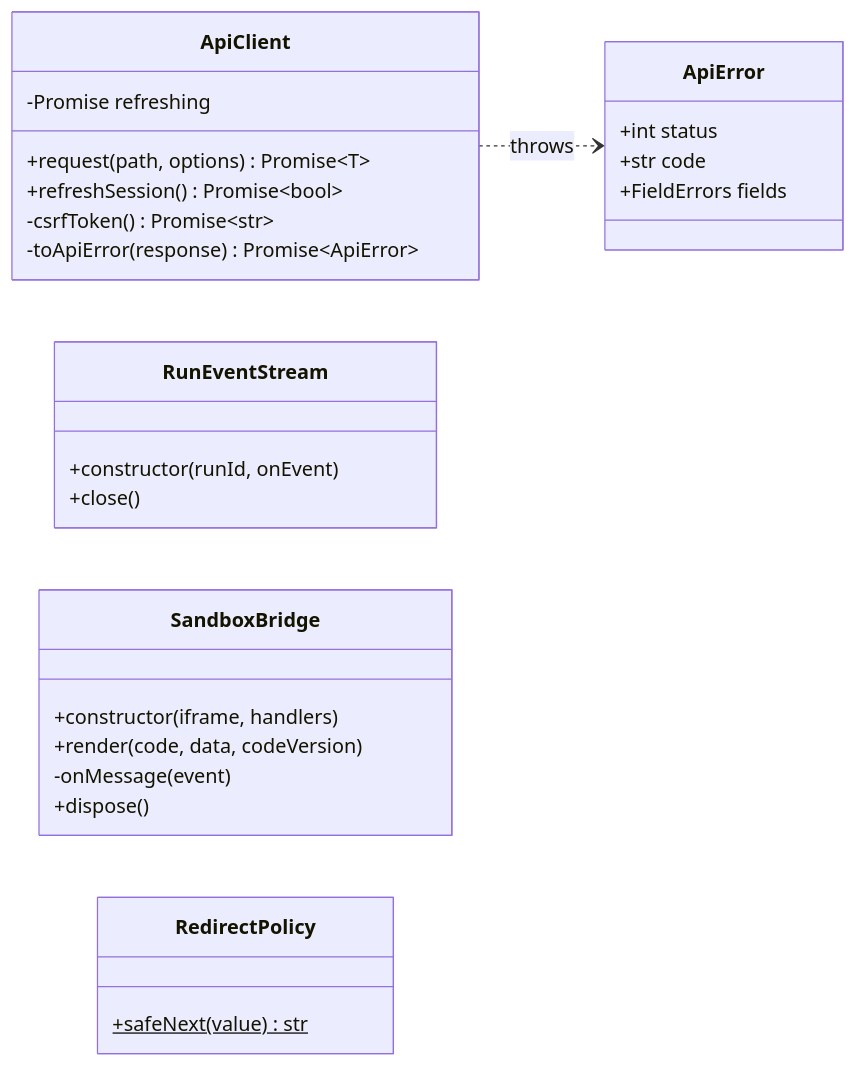
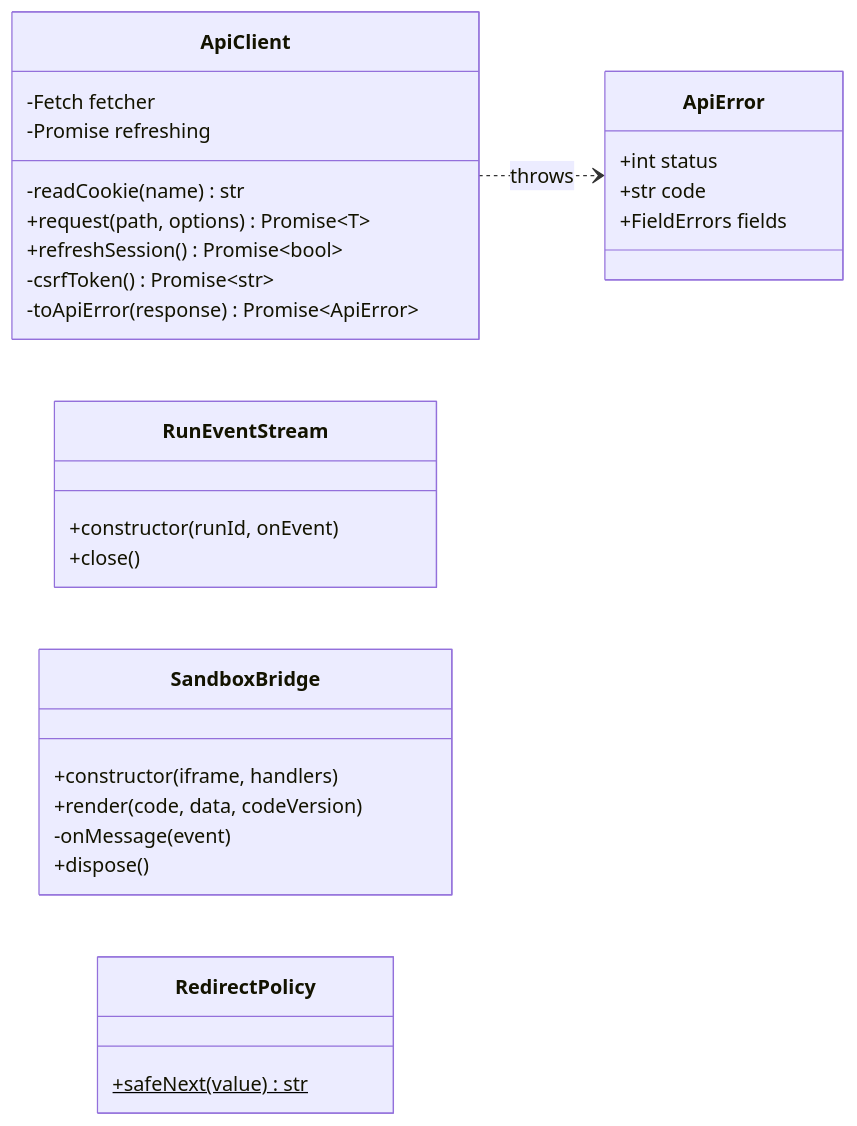
Before and after one commit to Satyamkumarjha4/Intelilearn: diagram 14 of 14 in docs/design.md, drawn with Mermaid. The commit also changed other lines of this file and 9 other files, not shown here.

````diff
--- a/docs/design.md
+++ b/docs/design.md
@@ -1008,30 +1008,32 @@
 ```mermaid
 classDiagram
     direction LR
     class ApiClient {
+        -Fetch fetcher
+        -readCookie(name) str
         -Promise refreshing
         +request(path, options) Promise~T~
         +refreshSession() Promise~bool~
         -csrfToken() Promise~str~
         -toApiError(response) Promise~ApiError~
     }
     class ApiError {
         +int status
         +str code
         +FieldErrors fields
     }
     class RunEventStream {
         +constructor(runId, onEvent)
         +close()
     }
     class SandboxBridge {
         +constructor(iframe, handlers)
         +render(code, data, codeVersion)
         -onMessage(event)
         +dispose()
     }
     class RedirectPolicy {
         +safeNext(value)$ str
     }
     ApiClient ..> ApiError : throws
 ```
````
